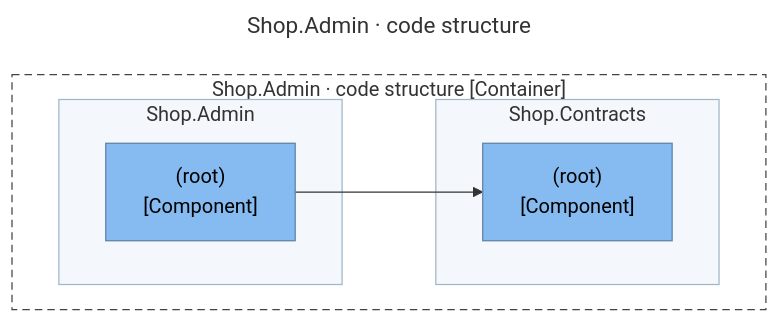
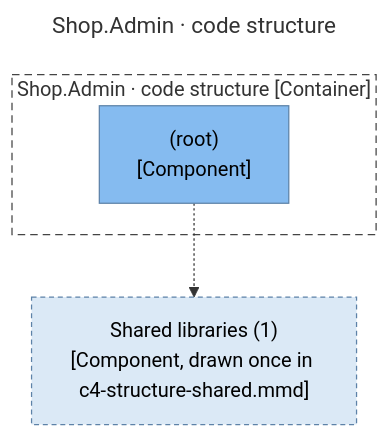
One commit to ythalorossy/architecture-skills changed the third of 10 diagrams in tests/golden/shared_libs/output/ArchitectureReport.md. Above: the diagram before and after it, drawn with Mermaid. The commit also changed other lines of this file and 20 other files, not shown here.

First line of the commit message:
feat(diagrams): draw a shared library's packages once (B-36), pluralise counts (B-37)

````diff
--- a/tests/golden/shared_libs/output/ArchitectureReport.md
+++ b/tests/golden/shared_libs/output/ArchitectureReport.md
@@ -103,25 +105,20 @@
 ```mermaid
 ---
 title: "Shop.Admin · code structure"
 ---
 flowchart TB
     subgraph boundary["Shop.Admin · code structure [Container]"]
-        subgraph module_Shop_Admin["Shop.Admin"]
-            Shop_Admin___root["(root)<br/>[Component]"]
-        end
-        subgraph module_Shop_Contracts["Shop.Contracts"]
-            Shop_Contracts___root["(root)<br/>[Component]"]
-        end
+        Shop_Admin___root["(root)<br/>[Component]"]
     end
-    Shop_Admin___root --> Shop_Contracts___root
+    shared_libraries["Shared libraries (1)<br/>[Component, drawn once in c4-structure-shared.mmd]"]
+    Shop_Admin___root -.-> shared_libraries
     classDef person fill:#08427b,stroke:#052e56,color:#ffffff
     classDef container fill:#1168bd,stroke:#0b4884,color:#ffffff
     classDef system fill:#1168bd,stroke:#0b4884,color:#ffffff
     classDef component fill:#85bbf0,stroke:#5d82a8,color:#000000
     classDef external fill:#999999,stroke:#6b6b6b,color:#ffffff
     classDef shared fill:#dbe9f6,stroke:#5d82a8,color:#000000,stroke-dasharray:4 3
-    class Shop_Admin___root,Shop_Contracts___root component
+    class Shop_Admin___root component
+    class shared_libraries shared
     style boundary fill:none,stroke:#444444,stroke-dasharray:6 4
-    style module_Shop_Admin fill:#f4f8fc,stroke:#9fb6cc
-    style module_Shop_Contracts fill:#f4f8fc,stroke:#9fb6cc
 ```
````
